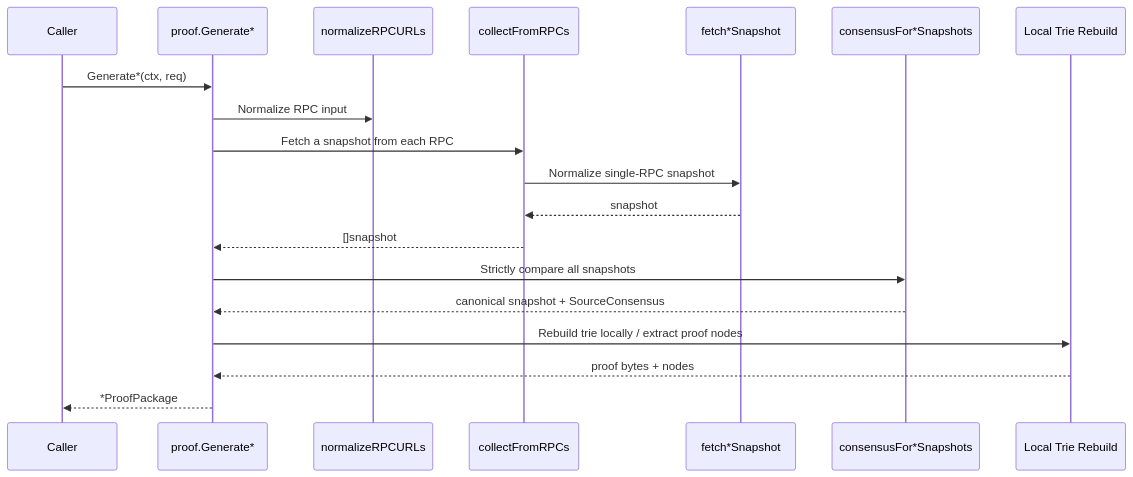
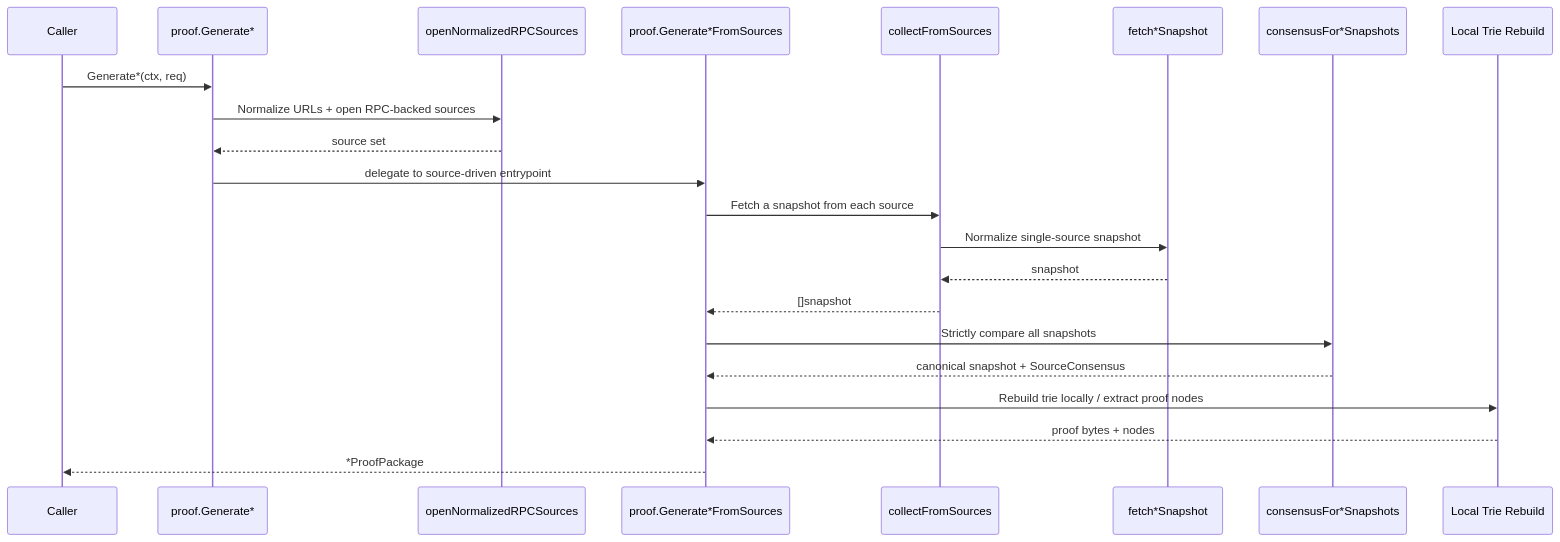
Before and after one commit to islishude/ethproof: the second of 2 diagrams in design.md, drawn with Mermaid. The commit also changed other lines of this file and 2 other files, not shown here.

````diff
--- a/design.md
+++ b/design.md
@@ -130,22 +136,25 @@
 ```mermaid
 sequenceDiagram
     participant Caller
     participant API as proof.Generate*
-    participant Norm as normalizeRPCURLs
-    participant Col as collectFromRPCs
-    participant Src as fetch*Snapshot
+    participant RPC as openNormalizedRPCSources
+    participant SrcAPI as proof.Generate*FromSources
+    participant Col as collectFromSources
+    participant Snap as fetch*Snapshot
     participant Con as consensusFor*Snapshots
     participant Trie as Local Trie Rebuild
 
     Caller->>API: Generate*(ctx, req)
-    API->>Norm: Normalize RPC input
-    API->>Col: Fetch a snapshot from each RPC
-    Col->>Src: Normalize single-RPC snapshot
-    Src-->>Col: snapshot
-    Col-->>API: []snapshot
-    API->>Con: Strictly compare all snapshots
-    Con-->>API: canonical snapshot + SourceConsensus
-    API->>Trie: Rebuild trie locally / extract proof nodes
-    Trie-->>API: proof bytes + nodes
-    API-->>Caller: *ProofPackage
+    API->>RPC: Normalize URLs + open RPC-backed sources
+    RPC-->>API: source set
+    API->>SrcAPI: delegate to source-driven entrypoint
+    SrcAPI->>Col: Fetch a snapshot from each source
+    Col->>Snap: Normalize single-source snapshot
+    Snap-->>Col: snapshot
+    Col-->>SrcAPI: []snapshot
+    SrcAPI->>Con: Strictly compare all snapshots
+    Con-->>SrcAPI: canonical snapshot + SourceConsensus
+    SrcAPI->>Trie: Rebuild trie locally / extract proof nodes
+    Trie-->>SrcAPI: proof bytes + nodes
+    SrcAPI-->>Caller: *ProofPackage
 ```
````
